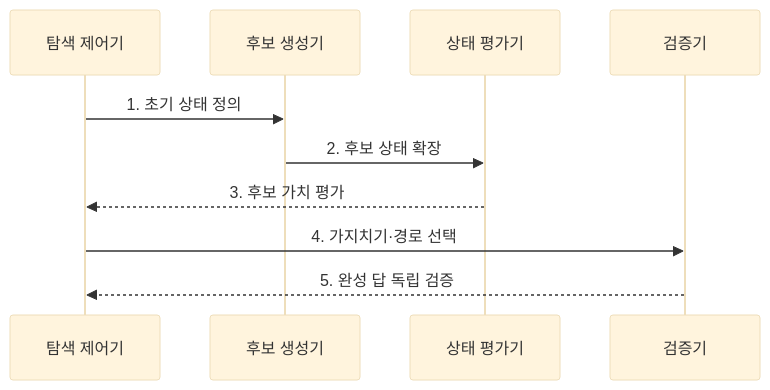
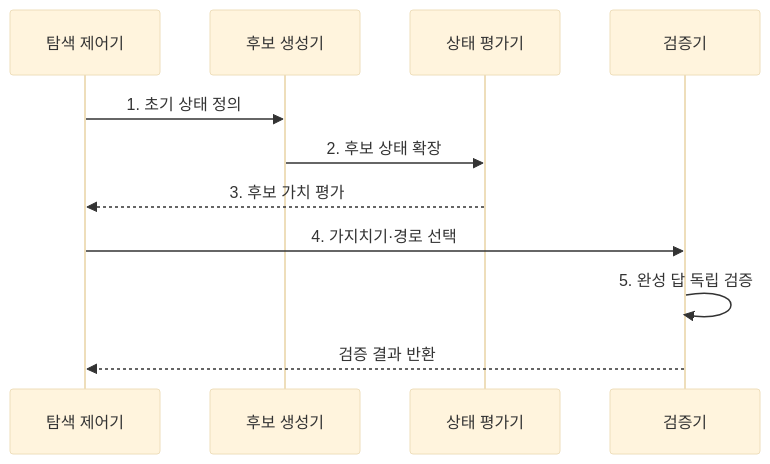
The second of 2 diagrams in src/content/docs/notes/08-latest-tech/039_tree_of_thought.md (agnusdei1207/knowledge-base), drawn with Mermaid (base theme) before and after one commit. The commit also changed other lines of this file and 225 other files, not shown here.

````diff
--- a/src/content/docs/notes/08-latest-tech/039_tree_of_thought.md
+++ b/src/content/docs/notes/08-latest-tech/039_tree_of_thought.md
@@ -81,12 +83,13 @@
 ```mermaid
 sequenceDiagram
   participant C as 탐색 제어기
   participant G as 후보 생성기
   participant E as 상태 평가기
   participant V as 검증기
   C->>G: 1. 초기 상태 정의
   G->>E: 2. 후보 상태 확장
   E-->>C: 3. 후보 가치 평가
   C->>V: 4. 가지치기·경로 선택
-  V-->>C: 5. 완성 답 독립 검증
+  V->>V: 5. 완성 답 독립 검증
+  V-->>C: 검증 결과 반환
 ```
````
